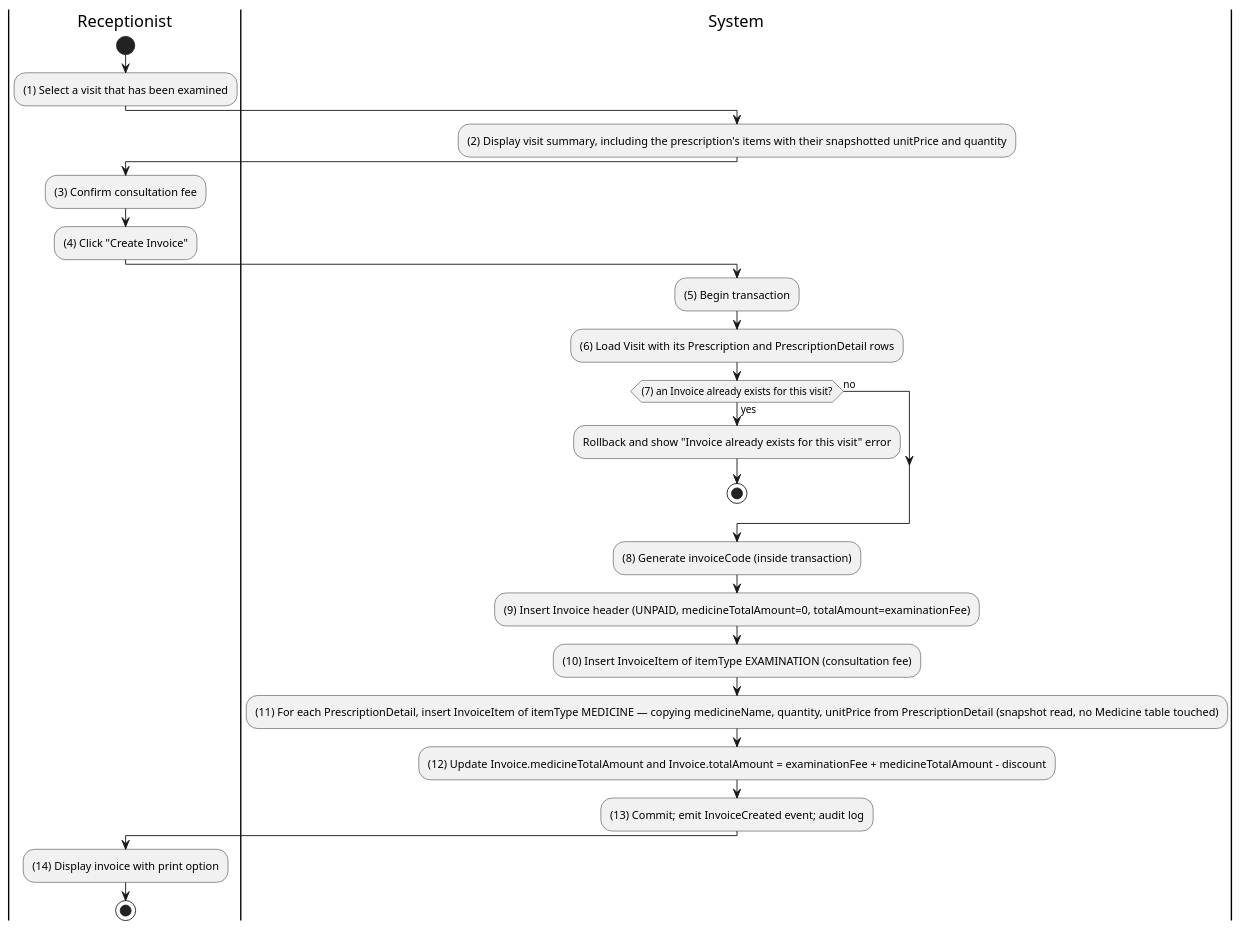
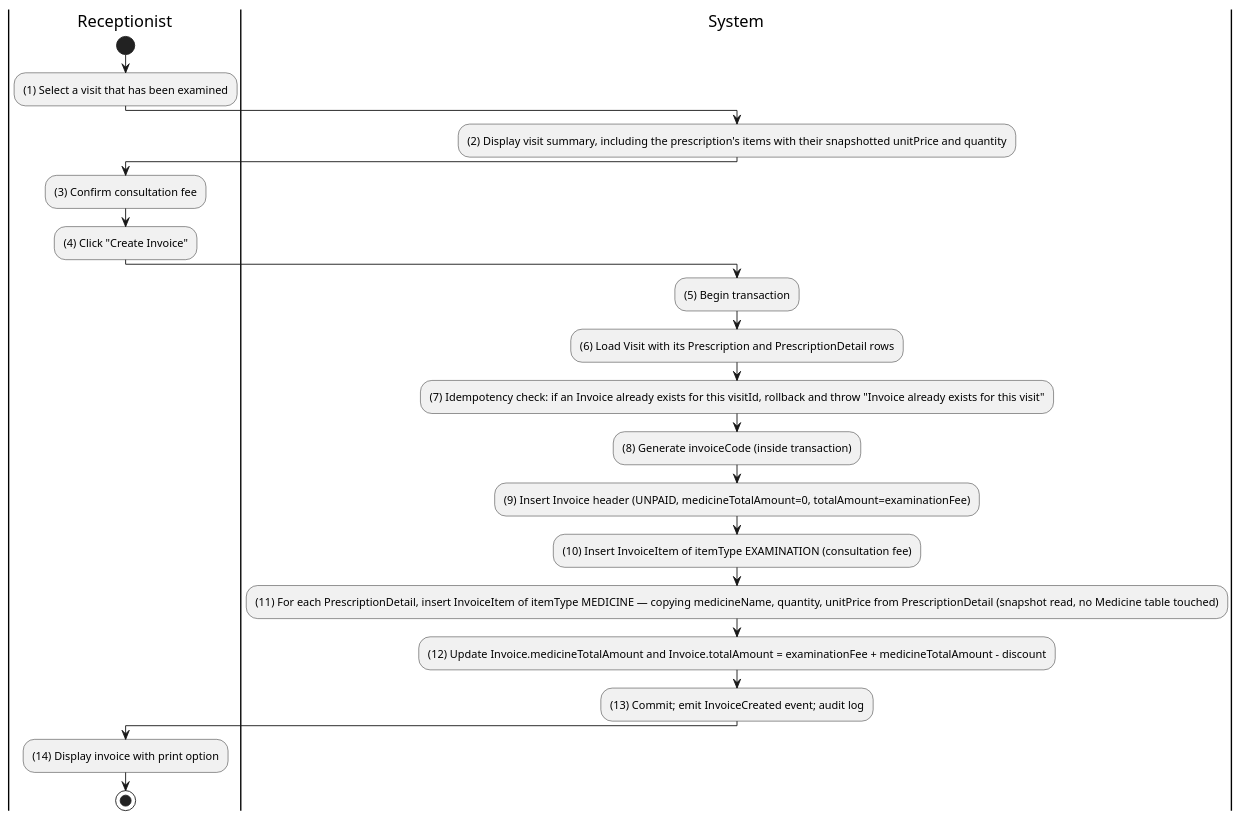
Diagram 18 of 27 in Docs/SRS.md (MinhThienNguyen040905/SE356---He-thong-phong-kham), drawn with PlantUML before and after one commit.

Commit message:
Refactor invoice creation process to include idempotency check for existing invoices

````diff
--- a/Docs/SRS.md
+++ b/Docs/SRS.md
@@ -1029,29 +1029,25 @@
 ```plantuml
 @startuml
 |Receptionist|
 start
 :(1) Select a visit that has been examined;
 |System|
 :(2) Display visit summary, including the prescription's items with their snapshotted unitPrice and quantity;
 |Receptionist|
 :(3) Confirm consultation fee;
 :(4) Click "Create Invoice";
 |System|
 :(5) Begin transaction;
 :(6) Load Visit with its Prescription and PrescriptionDetail rows;
-if ((7) an Invoice already exists for this visit?) then (yes)
-  :Rollback and show "Invoice already exists for this visit" error;
-  stop
-else (no)
-endif
+:(7) Idempotency check: if an Invoice already exists for this visitId, rollback and throw "Invoice already exists for this visit";
 :(8) Generate invoiceCode (inside transaction);
 :(9) Insert Invoice header (UNPAID, medicineTotalAmount=0, totalAmount=examinationFee);
 :(10) Insert InvoiceItem of itemType EXAMINATION (consultation fee);
 :(11) For each PrescriptionDetail, insert InvoiceItem of itemType MEDICINE — copying medicineName, quantity, unitPrice from PrescriptionDetail (snapshot read, no Medicine table touched);
 :(12) Update Invoice.medicineTotalAmount and Invoice.totalAmount = examinationFee + medicineTotalAmount - discount;
 :(13) Commit; emit InvoiceCreated event; audit log;
 |Receptionist|
 :(14) Display invoice with print option;
 stop
 @enduml
 ```
````
